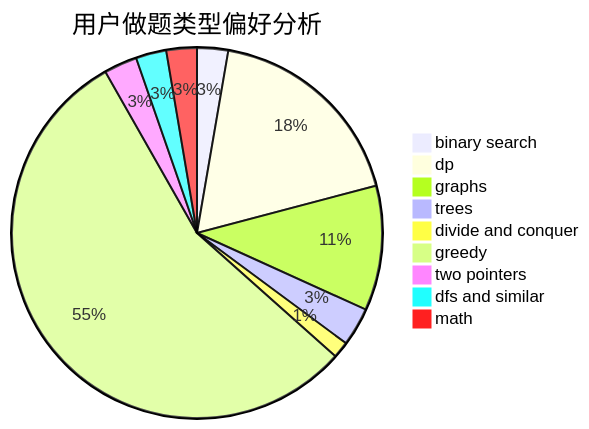
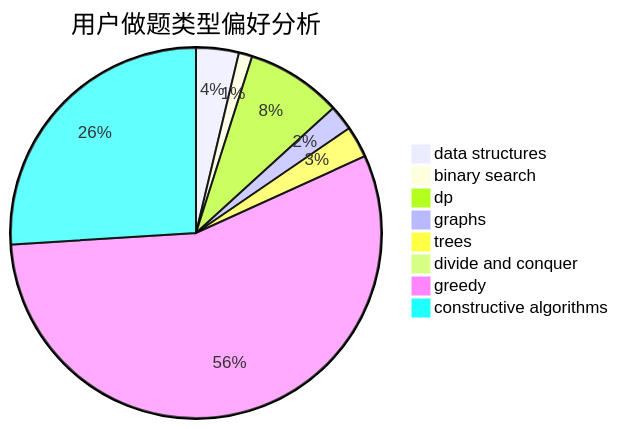
One commit to sherpahu/cfrs.github.io changed the second of 3 diagrams in docs/user/u1499.md. Above: the diagram before and after it, drawn with Mermaid. The commit also changed other lines of this file and 2775 other files, not shown here.

````diff
--- a/docs/user/u1499.md
+++ b/docs/user/u1499.md
@@ -23,12 +23,11 @@
 ```mermaid
 pie title 用户做题类型偏好分析
-    "binary search" :  58
-    "dp" :  389
-    "graphs" :  233
-    "trees" :  72
-    "divide and conquer" :  31
-    "greedy" :  1181
-    "two pointers" :  62
-    "dfs and similar" :  57
-    "math" :  57
+    "data structures" :  54
+    "binary search" :  17
+    "dp" :  121
+    "graphs" :  32
+    "trees" :  40
+    "divide and conquer" :  0
+    "greedy" :  809
+    "constructive algorithms" :  377
 ```
````
